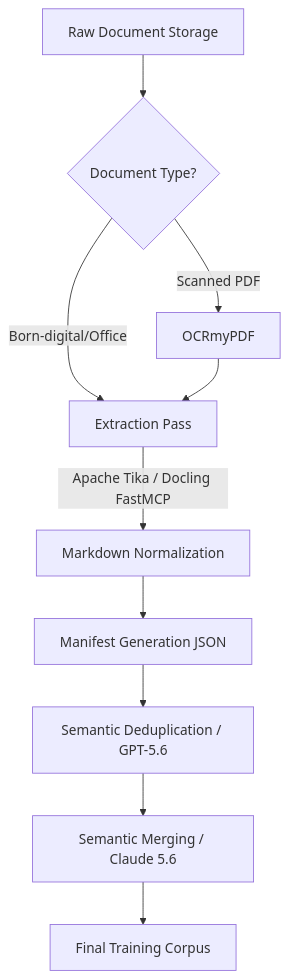
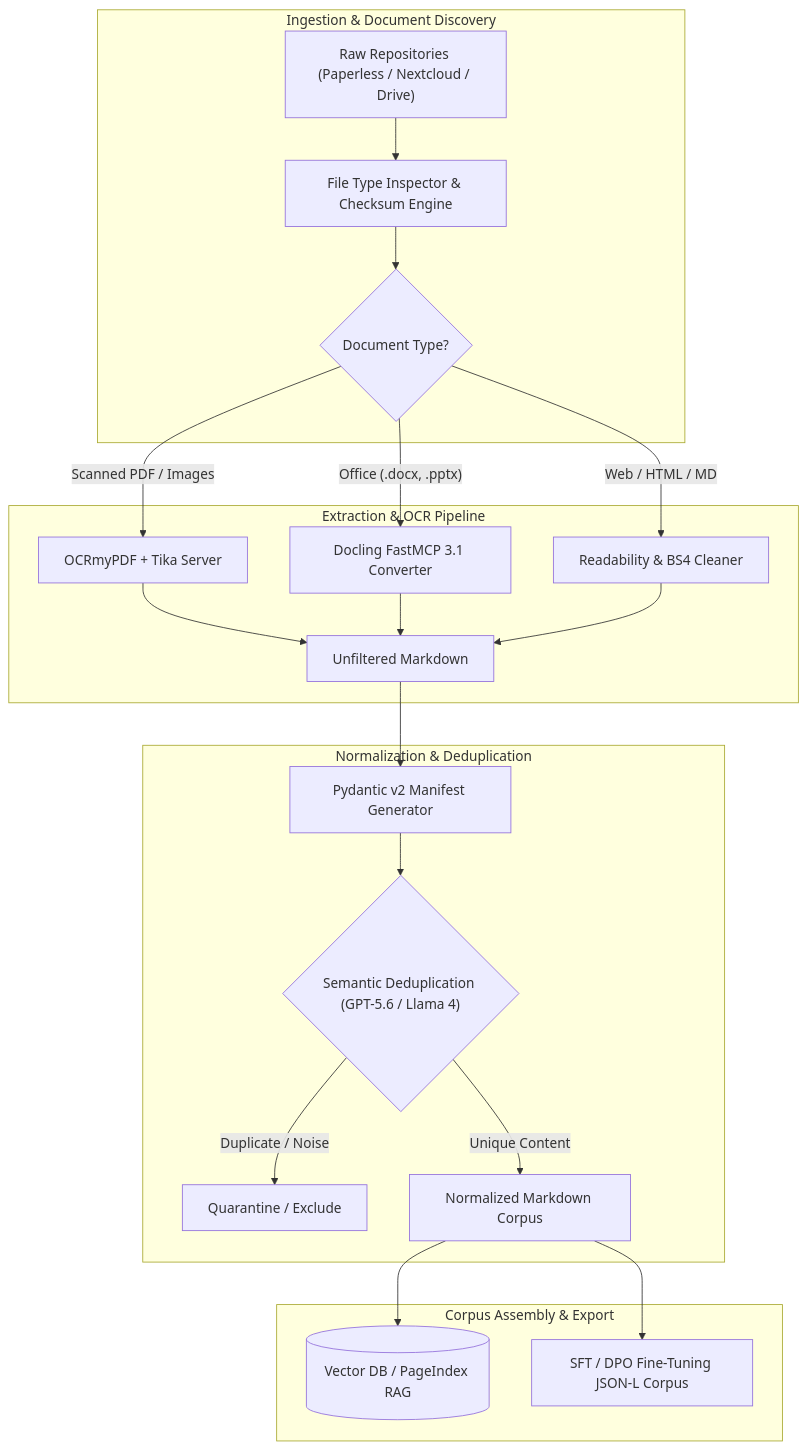
The diagram in docs/playbooks/document-preparation-for-llm-training.md (joanmarcriera/Home-office-automations), drawn with Mermaid before and after one commit. The commit also changed other lines of this file and 7 other files, not shown here.

````diff
--- a/docs/playbooks/document-preparation-for-llm-training.md
+++ b/docs/playbooks/document-preparation-for-llm-training.md
@@ -53,12 +8,29 @@
 ```mermaid
 flowchart TD
-    A[Raw Document Storage] --> B{Document Type?}
-    B -- Scanned PDF --> C[OCRmyPDF]
-    B -- Born-digital/Office --> D[Extraction Pass]
-    C --> D
-    D -- Apache Tika / Docling FastMCP --> E[Markdown Normalization]
-    E --> F[Manifest Generation JSON]
-    F --> G[Semantic Deduplication / GPT-5.6]
-    G --> H[Semantic Merging / Claude 5.6]
-    H --> I[Final Training Corpus]
+    subgraph RawIngestion["Ingestion & Document Discovery"]
+        Storage["Raw Repositories (Paperless / Nextcloud / Drive)"] --> Scanner[File Type Inspector & Checksum Engine]
+        Scanner --> Classify{"Document Type?"}
+    end
+
+    subgraph ExtractionPipeline["Extraction & OCR Pipeline"]
+        Classify -- Scanned PDF / Images --> OCRPass["OCRmyPDF + Tika Server"]
+        Classify -- Office (.docx, .pptx) --> DoclingPass["Docling FastMCP 3.1 Converter"]
+        Classify -- Web / HTML / MD --> HTMLParser["Readability & BS4 Cleaner"]
+
+        OCRPass --> RawMD[Unfiltered Markdown]
+        DoclingPass --> RawMD
+        HTMLParser --> RawMD
+    end
+
+    subgraph Normalization_Deduplication["Normalization & Deduplication"]
+        RawMD --> MetadataGen["Pydantic v2 Manifest Generator"]
+        MetadataGen --> DedupEngine{"Semantic Deduplication (GPT-5.6 / Llama 4)"}
+        DedupEngine -- Duplicate / Noise --> Quarantine[Quarantine / Exclude]
+        DedupEngine -- Unique Content --> StructuredMD[Normalized Markdown Corpus]
+    end
+
+    subgraph DatasetFormatting["Corpus Assembly & Export"]
+        StructuredMD --> RAGStore[(Vector DB / PageIndex RAG)]
+        StructuredMD --> JSONL[SFT / DPO Fine-Tuning JSON-L Corpus]
+    end
 ```
````
